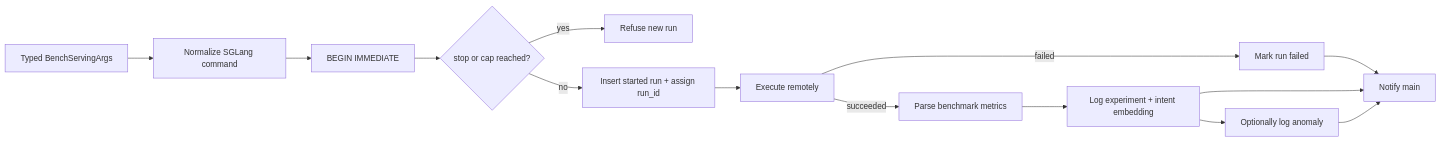
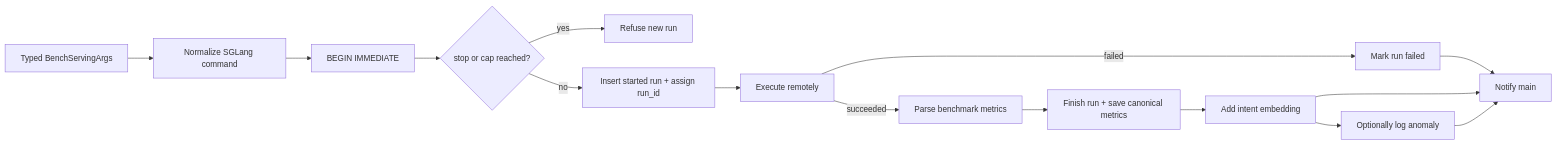
The fourth of 5 diagrams in structures.md (coder-2011/perferox), drawn with Mermaid before and after one commit. The commit also changed other lines of this file and 14 other files, not shown here.

````diff
--- a/structures.md
+++ b/structures.md
@@ -123,16 +123,17 @@
 ```mermaid
 flowchart LR
   args["Typed BenchServingArgs"] --> command["Normalize SGLang command"]
   command --> tx["BEGIN IMMEDIATE"]
   tx --> guard{"stop or cap reached?"}
   guard -->|"yes"| refuse["Refuse new run"]
   guard -->|"no"| row["Insert started run + assign run_id"]
   row --> remote["Execute remotely"]
   remote -->|"failed"| failed["Mark run failed"]
   remote -->|"succeeded"| parse["Parse benchmark metrics"]
-  parse --> experiment["Log experiment + intent embedding"]
+  parse --> finish["Finish run + save canonical metrics"]
+  finish --> experiment["Add intent embedding"]
   experiment --> anomaly["Optionally log anomaly"]
   failed --> notify["Notify main"]
   experiment --> notify
   anomaly --> notify
 ```
````
